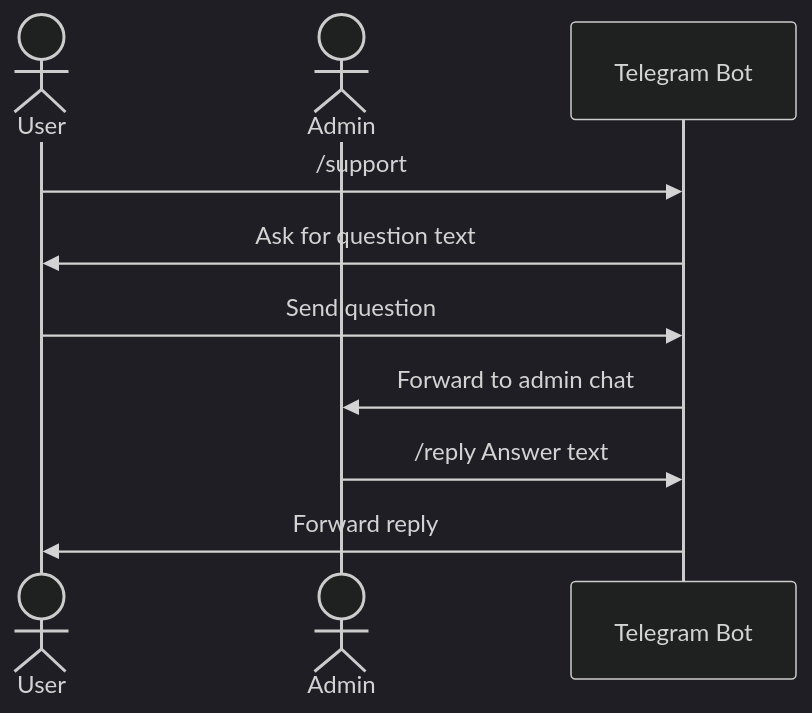
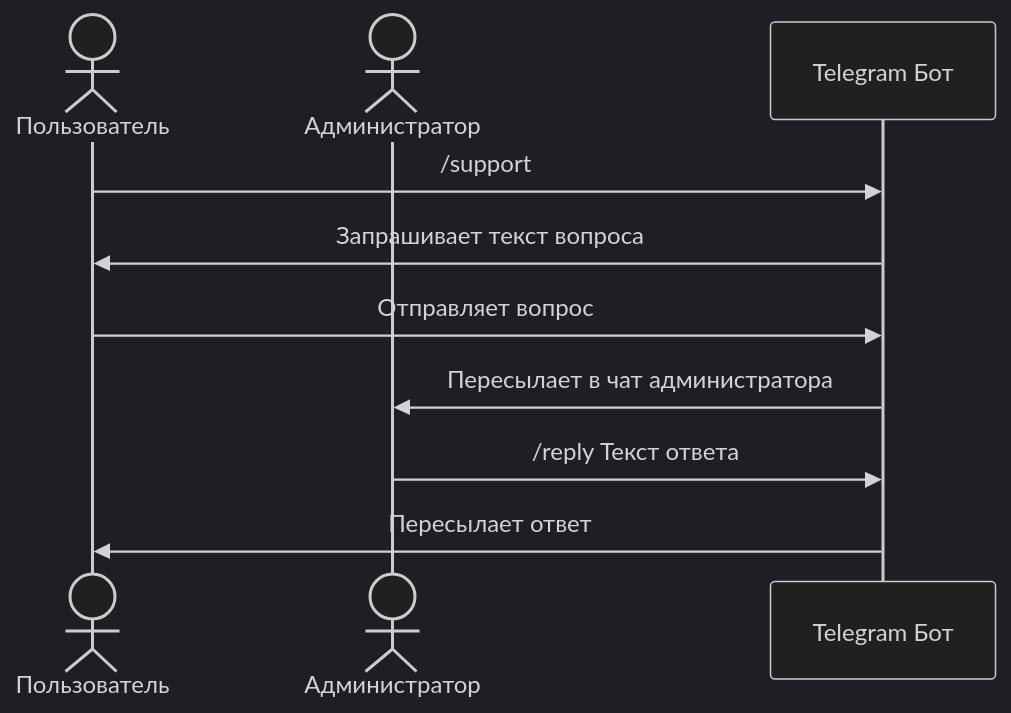
One commit to Faunistica/Faunistica_4.0 changed the diagram in docs/diagrams/support.mmd. Above: the diagram before and after it, drawn with Mermaid (dark theme). The commit also changed 17 other files, not shown here.

Commit message:
russian in diagrams

```diff
--- a/docs/diagrams/support.mmd
+++ b/docs/diagrams/support.mmd
@@ -1,11 +1,11 @@
 sequenceDiagram
-    actor User
-    actor Admin
-    participant Bot as Telegram Bot
+    actor U as Пользователь
+    actor Adm as Администратор
+    participant B as Telegram Бот
 
-    User->>Bot: /support
-    Bot->>User: Ask for question text
-    User->>Bot: Send question
-    Bot->>Admin: Forward to admin chat
-    Admin->>Bot: /reply Answer text
-    Bot->>User: Forward reply
+    U->>B: /support
+    B->>U: Запрашивает текст вопроса
+    U->>B: Отправляет вопрос
+    B->>Adm: Пересылает в чат администратора
+    Adm->>B: /reply Текст ответа
+    B->>U: Пересылает ответ
```
